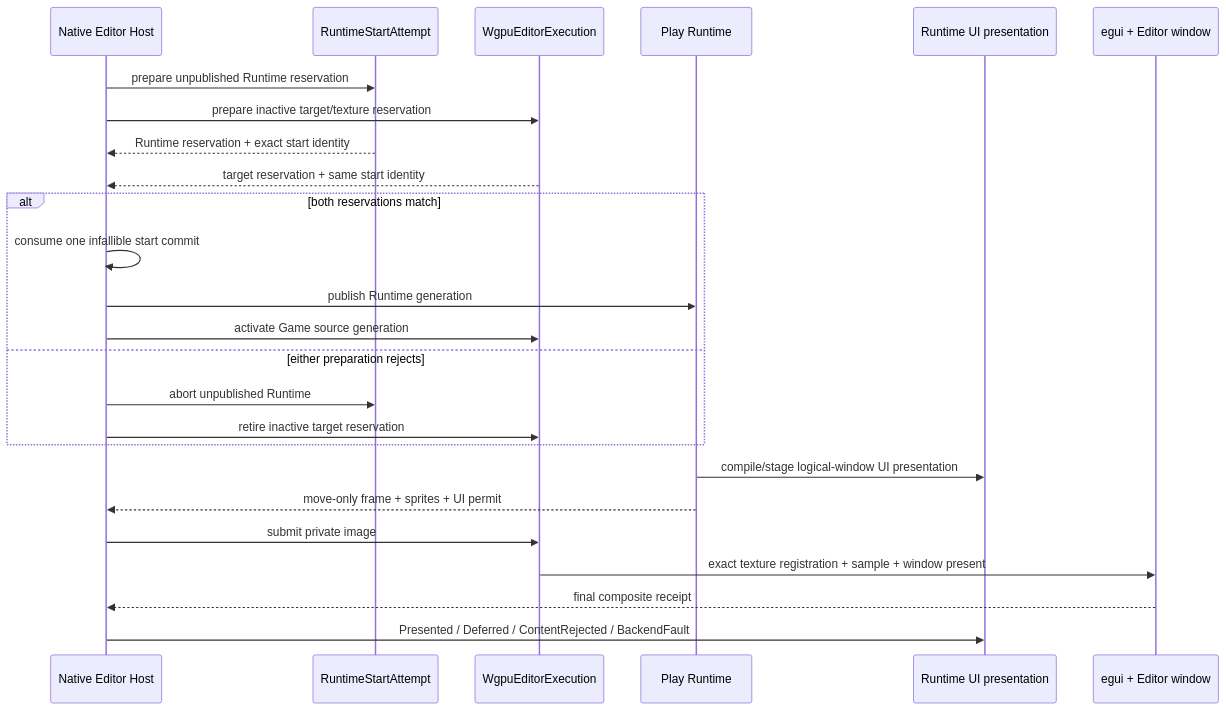
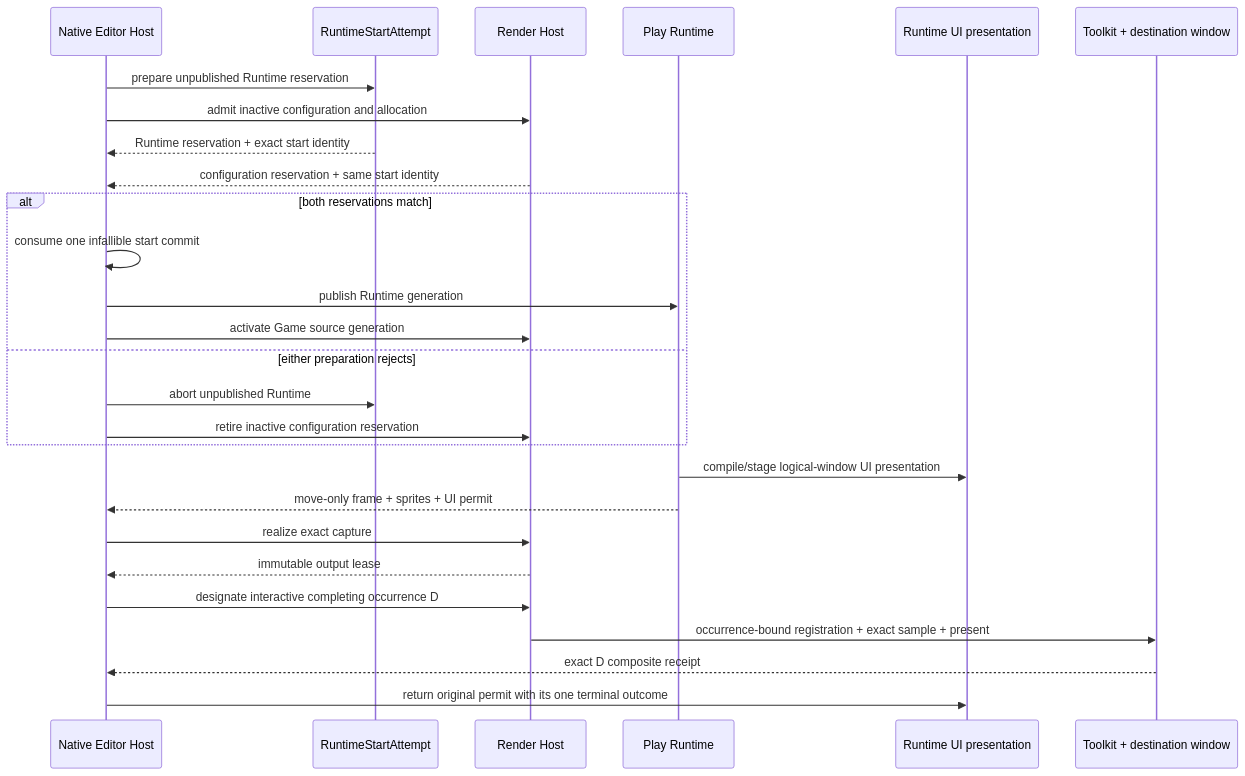
One commit to Latias94/nara changed the diagram in docs/architecture/adr/0112-editor-game-view-runtime-presentation-and-input-authority.md. Above: the diagram before and after it, drawn with Mermaid. The commit also changed other lines of this file and 55 other files, not shown here.

First line of the commit message:
refactor(render): own immutable image outputs and producer lifetimes

````diff
--- a/docs/architecture/adr/0112-editor-game-view-runtime-presentation-and-input-authority.md
+++ b/docs/architecture/adr/0112-editor-game-view-runtime-presentation-and-input-authority.md
@@ -54,28 +63,30 @@
 ```mermaid
 sequenceDiagram
     participant H as Native Editor Host
     participant S as RuntimeStartAttempt
-    participant G as WgpuEditorExecution
+    participant G as Render Host
     participant R as Play Runtime
     participant U as Runtime UI presentation
-    participant E as egui + Editor window
+    participant E as Toolkit + destination window
 
     H->>S: prepare unpublished Runtime reservation
-    H->>G: prepare inactive target/texture reservation
+    H->>G: admit inactive configuration and allocation
     S-->>H: Runtime reservation + exact start identity
-    G-->>H: target reservation + same start identity
+    G-->>H: configuration reservation + same start identity
     alt both reservations match
         H->>H: consume one infallible start commit
         H->>R: publish Runtime generation
         H->>G: activate Game source generation
     else either preparation rejects
         H->>S: abort unpublished Runtime
-        H->>G: retire inactive target reservation
+        H->>G: retire inactive configuration reservation
     end
     R->>U: compile/stage logical-window UI presentation
     R-->>H: move-only frame + sprites + UI permit
-    H->>G: submit private image
-    G->>E: exact texture registration + sample + window present
-    E-->>H: final composite receipt
-    H->>U: Presented / Deferred / ContentRejected / BackendFault
+    H->>G: realize exact capture
+    G-->>H: immutable output lease
+    H->>G: designate interactive completing occurrence D
+    G->>E: occurrence-bound registration + exact sample + present
+    E-->>H: exact D composite receipt
+    H->>U: return original permit with its one terminal outcome
 ```
````
